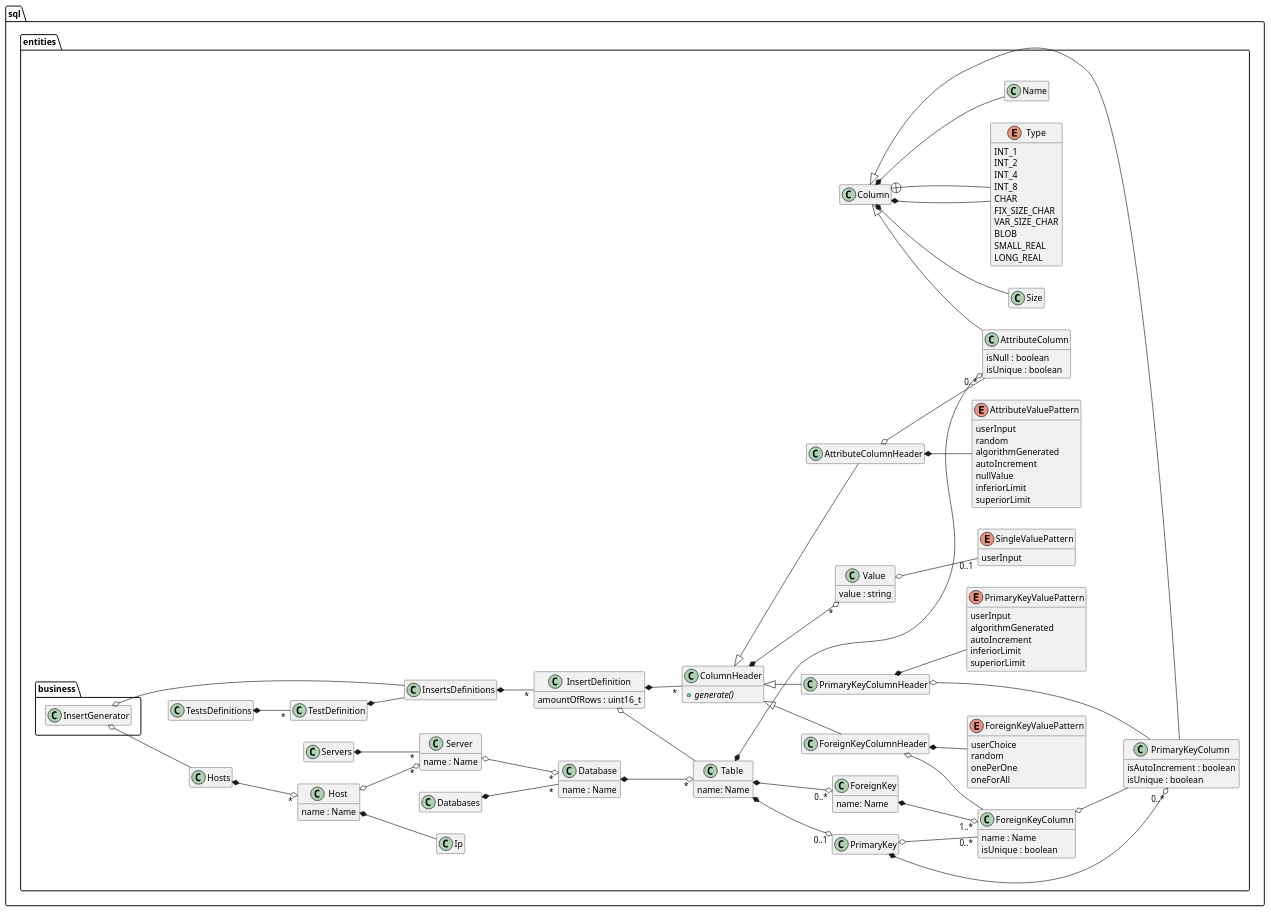
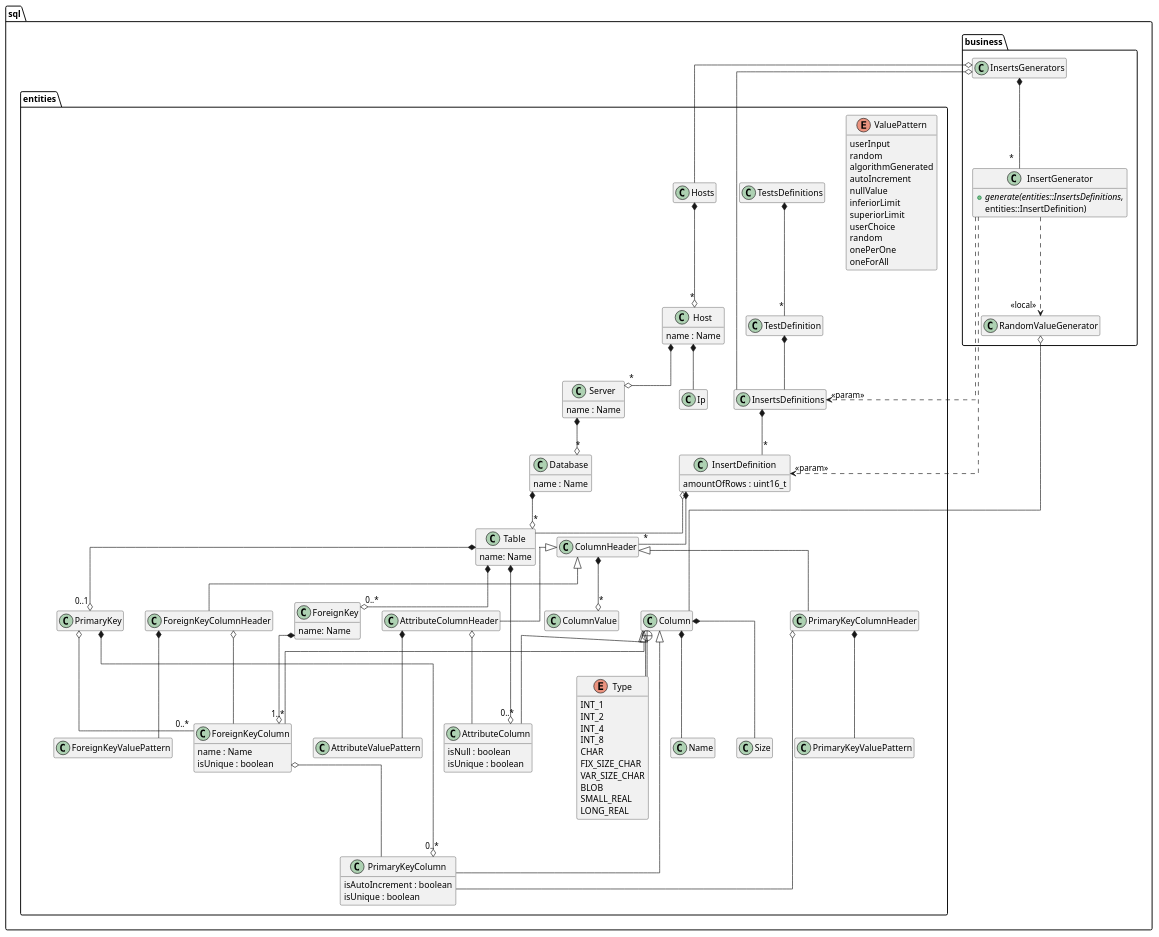
One commit to rodrigocanellas/tenacitas changed the diagram in code/sql/documents/sql.plantuml. Above: the diagram before and after it, drawn with PlantUML. The commit also changed 15 other files, not shown here.

```diff
--- a/code/sql/documents/sql.plantuml
+++ b/code/sql/documents/sql.plantuml
@@ -1,187 +1,187 @@
 @startuml
 
 set namespaceSeparator ::
 
 hide empty members
 allow_mixing
-left to right direction
+'left to right direction
+skinparam linetype ortho
 
 namespace  sql {
 
 namespace entities {
 
 class Size
 enum Type {
 	INT_1
 	INT_2
 	INT_4
 	INT_8
 	CHAR
 	FIX_SIZE_CHAR
 	VAR_SIZE_CHAR
 	BLOB
 	SMALL_REAL
 	LONG_REAL
 }
 class Name
 
+
 class Column
+
 
 class AttributeColumn  {
 	isNull : boolean
 	isUnique : boolean
 }
 
 class PrimaryKey
 
 class PrimaryKeyColumn  {
 	isAutoIncrement : boolean
 	isUnique : boolean
 }
 
 class ForeignKeyColumn  {
 	name : Name
 	isUnique : boolean
 }
 
 class Table  {
 	name: Name
 }
 
 
 class ForeignKey  {
 	name: Name
 }
 
 class Database {
 	name : Name
 }
 
 class Ip
 
 class Host {
 	name : Name
 }
 
 class Server {
 	name : Name
 }
 
-class Server
-class Databases
-
-class InsertsDefinitions 
-
 class InsertDefinition {
 	amountOfRows : uint16_t
 }
+class InsertsDefinitions 
 
-enum AttributeValuePattern {
+enum ValuePattern {
 	userInput
 	random
 	algorithmGenerated
 	autoIncrement
 	nullValue
 	inferiorLimit
 	superiorLimit 
-}
-
-enum PrimaryKeyValuePattern {
-	userInput
-	algorithmGenerated
-	autoIncrement	 
-	inferiorLimit
-	superiorLimit 
-}
-
-enum ForeignKeyValuePattern {
 	userChoice
 	random
 	onePerOne
 	oneForAll
 }
 
 
-enum SingleValuePattern {
-	userInput
-}
 
-class Value {
-	value : string
-}
-
-class ColumnHeader {
-	{abstract} + generate()
-}
-class AttributeColumnHeader
-class PrimaryKeyColumnHeader
-class ForeignKeyColumnHeader
+class ColumnHeader
 
 class TestDefinition
 class TestsDefinitions
 
 TestsDefinitions *-- "*" TestDefinition
 
 Column *-- Type
 Column +-- Type
 Column *-- Size
 Column *-- Name
 
 TestDefinition *-- InsertsDefinitions
 
 Column <|-- AttributeColumn
 Column <|-- PrimaryKeyColumn 
+Column <|-- ForeignKeyColumn 
 
 Table  *--o "0..*" AttributeColumn
 Table  *--o "0..1" PrimaryKey 
 Table  *--o "0..*" ForeignKey
 
 PrimaryKey *--o "0..*" PrimaryKeyColumn 
 PrimaryKey o-- "0..*" ForeignKeyColumn
 
 ForeignKey  *--o "1..*" ForeignKeyColumn 
 
 ForeignKeyColumn o--  PrimaryKeyColumn 
 
-Databases *-- "*" Database
+
 Database *--o "*" Table
-Host o--o "*" Server
+Host *--o "*" Server
 Host *-- Ip
 
-Servers *-- "*" Server 
-Server o--o "*" Database
+ 
+Server *--o "*" Database
 
 Hosts *--o "*" Host
 
 InsertsDefinitions *-- "*" InsertDefinition
 
-InsertDefinition *-- "*" ColumnHeader
+'InsertDefinition *-- "*" ColumnHeader
 InsertDefinition o-- Table
 
 AttributeColumnHeader *-- AttributeValuePattern
 AttributeColumnHeader o-- AttributeColumn
 
 PrimaryKeyColumnHeader *-- PrimaryKeyValuePattern
 PrimaryKeyColumnHeader o-- PrimaryKeyColumn
 
 ForeignKeyColumnHeader *-- ForeignKeyValuePattern
 ForeignKeyColumnHeader o-- ForeignKeyColumn
 
-ColumnHeader *--o  "*" Value
+ColumnHeader *--o  "*" ColumnValue
 
 ColumnHeader <|-- AttributeColumnHeader
 ColumnHeader <|-- PrimaryKeyColumnHeader
 ColumnHeader <|-- ForeignKeyColumnHeader
 
-Value o-- "0..1" SingleValuePattern
+'ColumnValue *-- "0..1" SingleValuePattern
+
+'InsertDefinition *-- "0..1" PrimaryKeyColumnHeader
+'InsertDefinition *-- "0..*" AttributeColumnHeader
+'InsertDefinition *-- "0..*" ForeignKeyColumnHeader
+
+InsertDefinition *--"*" ColumnHeader
+
+'AttributeColumnHeader ..> "<<local>>" RandomValueGenerator
+}
 
 namespace business {
+class InsertsGenerators
 class InsertGenerator
-
-InsertGenerator o-- sql::entities::InsertsDefinitions
-InsertGenerator o-- sql::entities::Hosts
-}
+class RandomValueGenerator
+class InsertGenerator {
+	{abstract} + generate(entities::InsertsDefinitions,
+		            entities::InsertDefinition)
 }
 
 
+InsertsGenerators o-- sql::entities::InsertsDefinitions
+InsertsGenerators o-- sql::entities::Hosts
+
+InsertsGenerators *-- "*" InsertGenerator
+
+InsertGenerator ..> "<<local>>"  RandomValueGenerator
+InsertGenerator ..> "<<param>>" sql::entities::InsertDefinition
+InsertGenerator ..> "<<param>>" sql::entities::InsertsDefinitions
+
+RandomValueGenerator o-- sql::entities::Column
+}
+
+}
 @enduml
```
